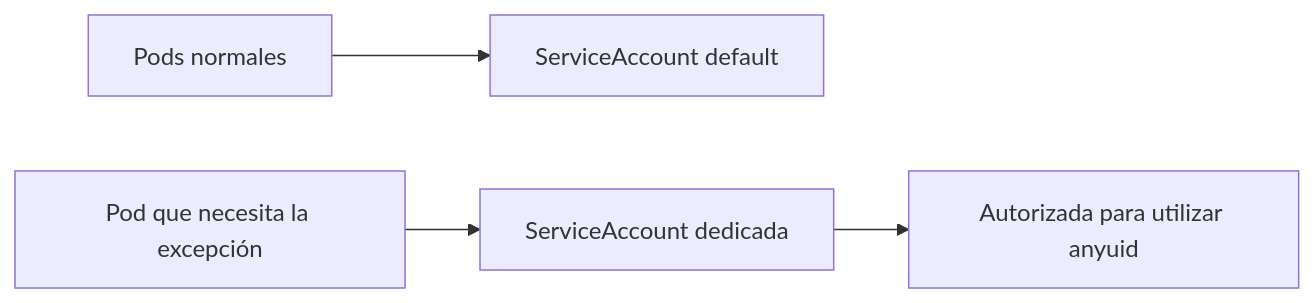
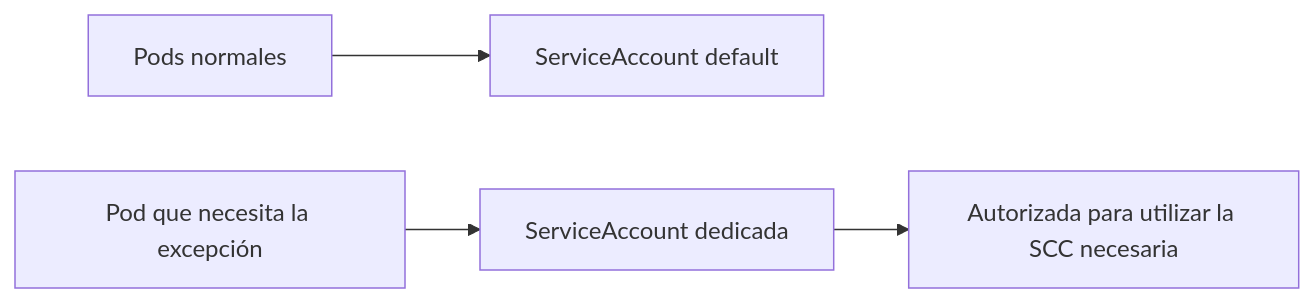
Before and after one commit to ieftraining/curso-openshift: the second of 2 diagrams in docs/sesion2/2.6 Politicas de Seguridad.md, drawn with Mermaid. The commit also changed other lines of this file, not shown here.

````diff
--- a/docs/sesion2/2.6 Politicas de Seguridad.md
+++ b/docs/sesion2/2.6 Politicas de Seguridad.md
@@ -341,6 +349,6 @@
 ```mermaid
 flowchart LR
     N[Pods normales] --> D[ServiceAccount default]
     E[Pod que necesita la excepción] --> S[ServiceAccount dedicada]
-    S --> A[Autorizada para utilizar anyuid]
+    S --> A[Autorizada para utilizar la SCC necesaria]
 ```
````
